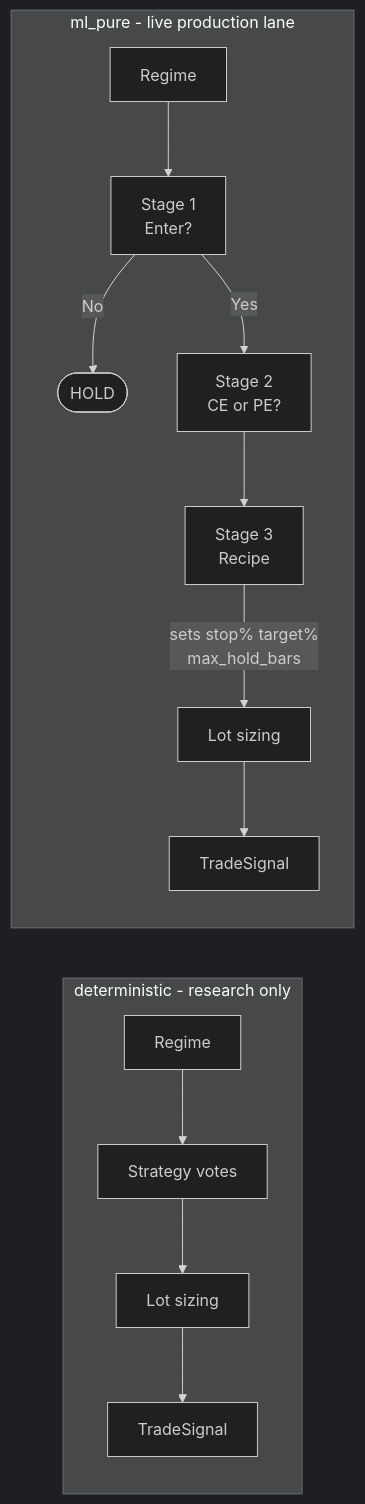
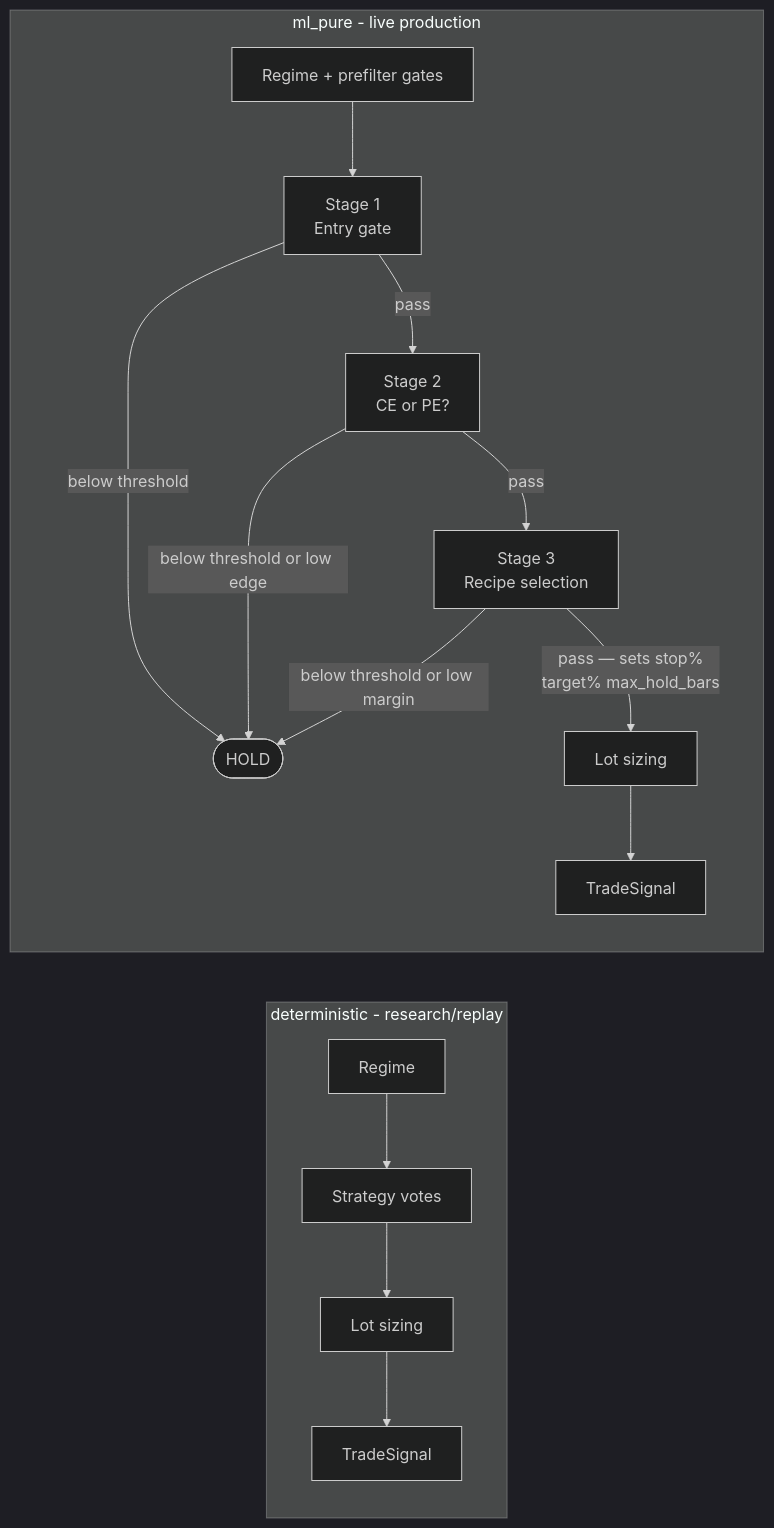
The fifth of 8 diagrams in strategy_app/docs/STRATEGY_ML_FLOW.md (amitsajwan/option_trading), drawn with Mermaid (dark theme) before and after one commit. The commit also changed other lines of this file and 41 other files, not shown here.

````diff
--- a/strategy_app/docs/STRATEGY_ML_FLOW.md
+++ b/strategy_app/docs/STRATEGY_ML_FLOW.md
@@ -136,14 +133,16 @@
 ```mermaid
 flowchart LR
-    subgraph DET["deterministic - research only"]
+    subgraph DET["deterministic - research/replay"]
         D1[Regime] --> D2[Strategy votes] --> D3[Lot sizing] --> D4[TradeSignal]
     end
 
-    subgraph PURE["ml_pure - live production lane"]
-        P1[Regime] --> P2[Stage 1\nEnter?]
-        P2 -->|No| P6([HOLD])
-        P2 -->|Yes| P3[Stage 2\nCE or PE?]
-        P3 --> P4[Stage 3\nRecipe]
-        P4 -->|sets stop% target%\nmax_hold_bars| P5[Lot sizing] --> P7[TradeSignal]
+    subgraph PURE["ml_pure - live production"]
+        P1[Regime + prefilter gates] --> P2[Stage 1\nEntry gate]
+        P2 -->|below threshold| P6([HOLD])
+        P2 -->|pass| P3[Stage 2\nCE or PE?]
+        P3 -->|below threshold or low edge| P6
+        P3 -->|pass| P4[Stage 3\nRecipe selection]
+        P4 -->|below threshold or low margin| P6
+        P4 -->|pass — sets stop%\ntarget% max_hold_bars| P5[Lot sizing] --> P7[TradeSignal]
     end
 ```
````
